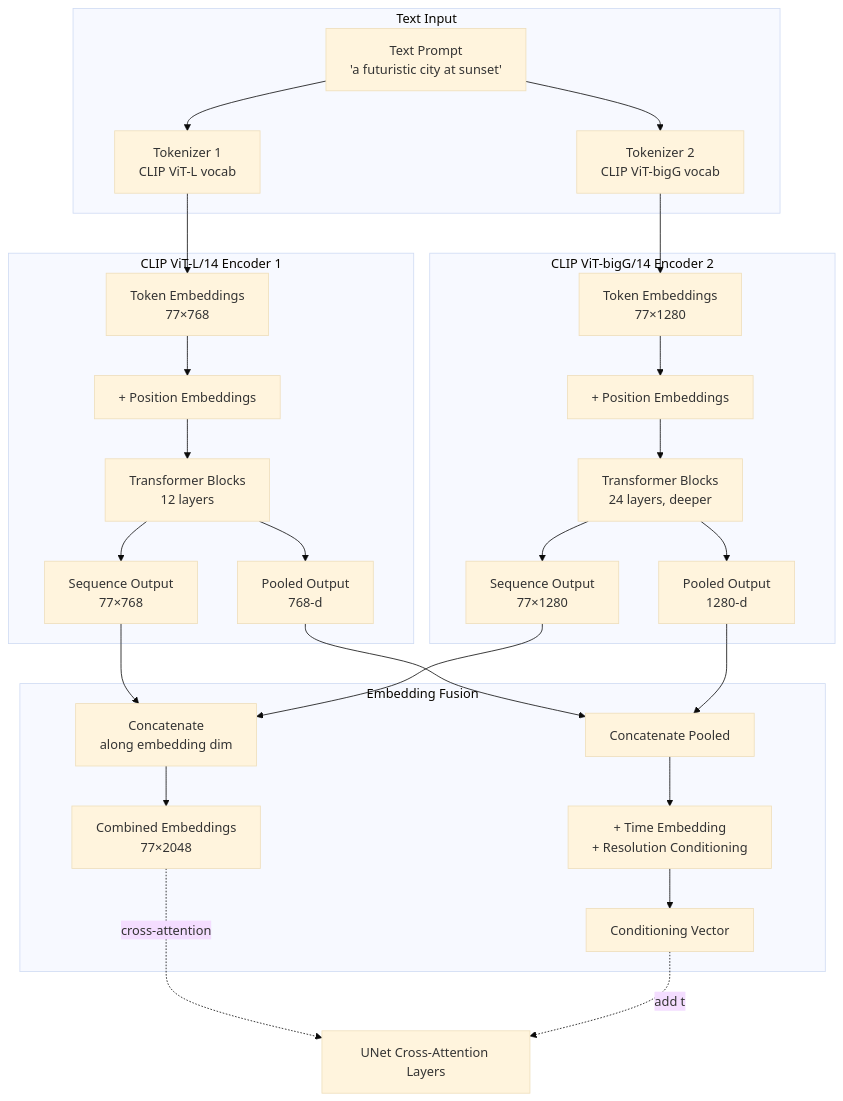
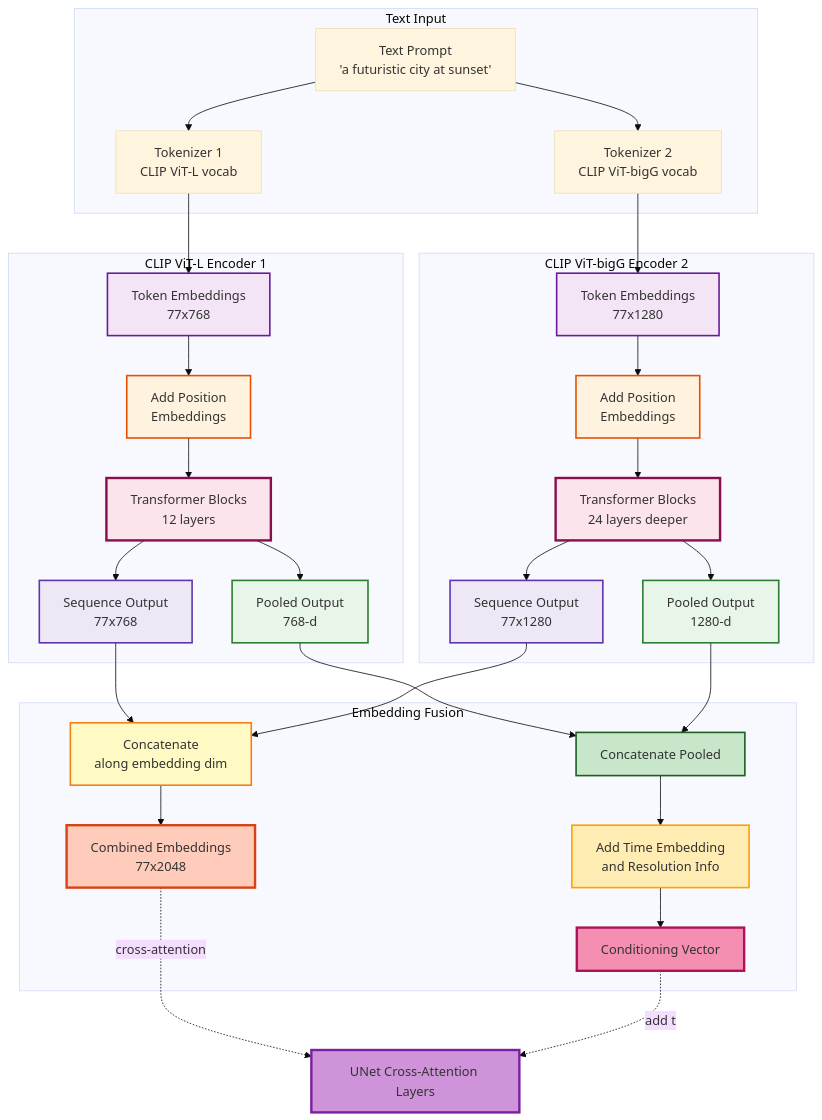
Before and after one commit to Abhyu-S/kortex-sdxl: the fifth of 25 diagrams in Documentation.md, drawn with Mermaid (base theme). The commit also changed other lines of this file and 1 other file, not shown here.

````diff
--- a/Documentation.md
+++ b/Documentation.md
@@ -153,37 +172,51 @@
 ```mermaid
 flowchart TB
 	subgraph Text Input
 		Prompt["Text Prompt<br/>'a futuristic city at sunset'"] --> Tok1[Tokenizer 1<br/>CLIP ViT-L vocab]
 		Prompt --> Tok2[Tokenizer 2<br/>CLIP ViT-bigG vocab]
 	end
 	
-	subgraph CLIP ViT-L/14 Encoder 1
-		Tok1 --> Emb1[Token Embeddings<br/>77×768]
-		Emb1 --> Pos1[+ Position Embeddings]
-		Pos1 --> Trans1[Transformer Blocks<br/>12 layers]
-		Trans1 --> Pool1[Pooled Output<br/>768-d]
-		Trans1 --> Seq1[Sequence Output<br/>77×768]
+	subgraph CLIP1["CLIP ViT-L Encoder 1"]
+		Tok1 --> Emb1[Token Embeddings<br/>77x768]:::embed
+		Emb1 --> Pos1[Add Position<br/>Embeddings]:::pos
+		Pos1 --> Trans1[Transformer Blocks<br/>12 layers]:::trans
+		Trans1 --> Pool1[Pooled Output<br/>768-d]:::pool
+		Trans1 --> Seq1[Sequence Output<br/>77x768]:::seq
 	end
 	
-	subgraph CLIP ViT-bigG/14 Encoder 2
-		Tok2 --> Emb2[Token Embeddings<br/>77×1280]
-		Emb2 --> Pos2[+ Position Embeddings]
-		Pos2 --> Trans2[Transformer Blocks<br/>24 layers, deeper]
-		Trans2 --> Pool2[Pooled Output<br/>1280-d]
-		Trans2 --> Seq2[Sequence Output<br/>77×1280]
+	subgraph CLIP2["CLIP ViT-bigG Encoder 2"]
+		Tok2 --> Emb2[Token Embeddings<br/>77x1280]:::embed
+		Emb2 --> Pos2[Add Position<br/>Embeddings]:::pos
+		Pos2 --> Trans2[Transformer Blocks<br/>24 layers deeper]:::trans
+		Trans2 --> Pool2[Pooled Output<br/>1280-d]:::pool
+		Trans2 --> Seq2[Sequence Output<br/>77x1280]:::seq
 	end
 	
-	subgraph Embedding Fusion
-		Seq1 --> Concat[Concatenate<br/>along embedding dim]
+	subgraph Fusion["Embedding Fusion"]
+		Seq1 --> Concat[Concatenate<br/>along embedding dim]:::concat
 		Seq2 --> Concat
-		Concat --> FinalEmb["Combined Embeddings<br/>77×2048"]
+		Concat --> FinalEmb[Combined Embeddings<br/>77x2048]:::final
 		
-		Pool1 --> PoolConcat[Concatenate Pooled]
+		Pool1 --> PoolConcat[Concatenate Pooled]:::poolConcat
 		Pool2 --> PoolConcat
-		PoolConcat --> AddTime["+ Time Embedding<br/>+ Resolution Conditioning"]
-		AddTime --> CondVec[Conditioning Vector]
+		PoolConcat --> AddTime[Add Time Embedding<br/>and Resolution Info]:::addTime
+		AddTime --> CondVec[Conditioning Vector]:::condVec
 	end
 	
-	FinalEmb -.cross-attention.-> UNet[UNet Cross-Attention Layers]
+	FinalEmb -.cross-attention.-> UNet[UNet Cross-Attention Layers]:::unet
 	CondVec -.add to.-> UNet
+	
+	classDef input fill:#e0f2f1,stroke:#00695c,stroke-width:2px
+	classDef tokenizer fill:#e1f5ff,stroke:#01579b,stroke-width:2px
+	classDef embed fill:#f3e5f5,stroke:#6a1b9a,stroke-width:2px
+	classDef pos fill:#fff3e0,stroke:#e65100,stroke-width:2px
+	classDef trans fill:#fce4ec,stroke:#880e4f,stroke-width:3px
+	classDef pool fill:#e8f5e9,stroke:#2e7d32,stroke-width:2px
+	classDef seq fill:#ede7f6,stroke:#5e35b1,stroke-width:2px
+	classDef concat fill:#fff9c4,stroke:#f57f17,stroke-width:2px
+	classDef final fill:#ffccbc,stroke:#d84315,stroke-width:3px
+	classDef poolConcat fill:#c8e6c9,stroke:#1b5e20,stroke-width:2px
+	classDef addTime fill:#ffecb3,stroke:#ffa000,stroke-width:2px
+	classDef condVec fill:#f48fb1,stroke:#ad1457,stroke-width:3px
+	classDef unet fill:#ce93d8,stroke:#7b1fa2,stroke-width:3px
 ```
````
